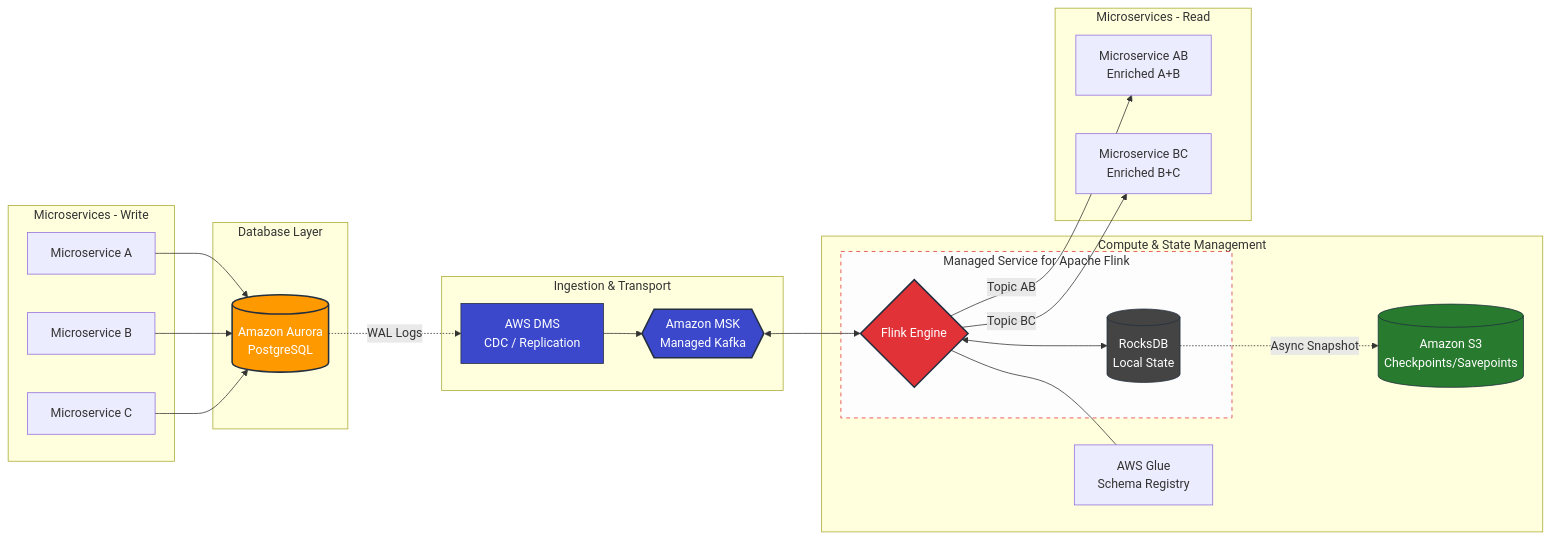
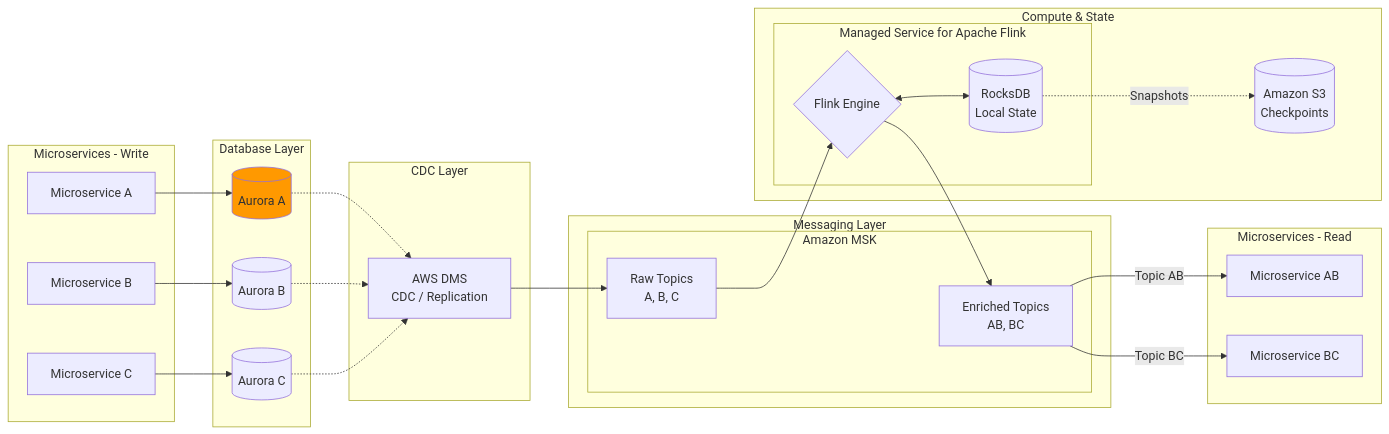
The diagram in diagrams/aws.md (bw-alex-riazanov/event-driven-architecture), drawn with Mermaid before and after one commit.

````diff
--- a/diagrams/aws.md
+++ b/diagrams/aws.md
@@ -4,58 +4,57 @@
 ```mermaid
 graph LR
     subgraph Producers [Microservices - Write]
         A[Microservice A]
         B[Microservice B]
         C[Microservice C]
     end
 
     subgraph Storage [Database Layer]
-        Aurora[(Amazon Aurora<br/>PostgreSQL)]
+        DB_A[(Aurora A)]
+        DB_B[(Aurora B)]
+        DB_C[(Aurora C)]
     end
 
-    subgraph Streaming [Ingestion & Transport]
+    subgraph Ingestion [CDC Layer]
         DMS[AWS DMS<br/>CDC / Replication]
-        MSK{{Amazon MSK<br/>Managed Kafka}}
     end
 
-    subgraph Processing [Compute & State Management]
+    subgraph Streaming [Messaging Layer]
+        subgraph MSK [Amazon MSK]
+            T_Raw[Raw Topics<br/>A, B, C]
+            T_Enriched[Enriched Topics<br/>AB, BC]
+        end
+    end
+
+    subgraph Processing [Compute & State]
         subgraph FlinkApp [Managed Service for Apache Flink]
             Flink{Flink Engine}
             Rocks[(RocksDB<br/>Local State)]
             Flink <--> Rocks
         end
-        Glue[AWS Glue<br/>Schema Registry]
-        S3[(Amazon S3<br/>Checkpoints/Savepoints)]
+        S3[(Amazon S3<br/>Checkpoints)]
+        Rocks -.->|Snapshots| S3
     end
 
     subgraph Consumers [Microservices - Read]
-        AB[Microservice AB<br/>Enriched A+B]
-        BC[Microservice BC<br/>Enriched B+C]
+        MS_AB[Microservice AB]
+        MS_BC[Microservice BC]
     end
 
     %% Data Flow
-    A --> Aurora
-    B --> Aurora
-    C --> Aurora
+    A --> DB_A
+    B --> DB_B
+    C --> DB_C
 
-    Aurora -.->|WAL Logs| DMS
-    DMS --> MSK
+    DB_A & DB_B & DB_C -.-> DMS
+    DMS --> T_Raw
     
-    MSK <--> Flink
-    Flink --- Glue
+    T_Raw --> Flink
+    Flink --> T_Enriched
     
-    %% State Persistence
-    Rocks -.->|Async Snapshot| S3
-    
-    Flink -->|Topic AB| AB
-    Flink -->|Topic BC| BC
+    T_Enriched -->|Topic AB| MS_AB
+    T_Enriched -->|Topic BC| MS_BC
 
     %% Styling
-    style Aurora fill:#f90,stroke:#232f3e,stroke-width:2px,color:#fff
-    style MSK fill:#3b48cc,stroke:#232f3e,stroke-width:2px,color:#fff
-    style Flink fill:#e13238,stroke:#232f3e,stroke-width:2px,color:#fff
-    style DMS fill:#3b48cc,stroke:#232f3e,stroke-width:1px,color:#fff
-    style Rocks fill:#444,stroke:#232f3e,stroke-width:1px,color:#fff
-    style S3 fill:#277a2e,stroke:#232f3e,stroke-width:1px,color:#fff
-    style FlinkApp fill:#fdfdfd,stroke:#e13238,stroke-dasharray: 5 5
+    style DB_A fill:#f90,stroke:#23
 ```
````
